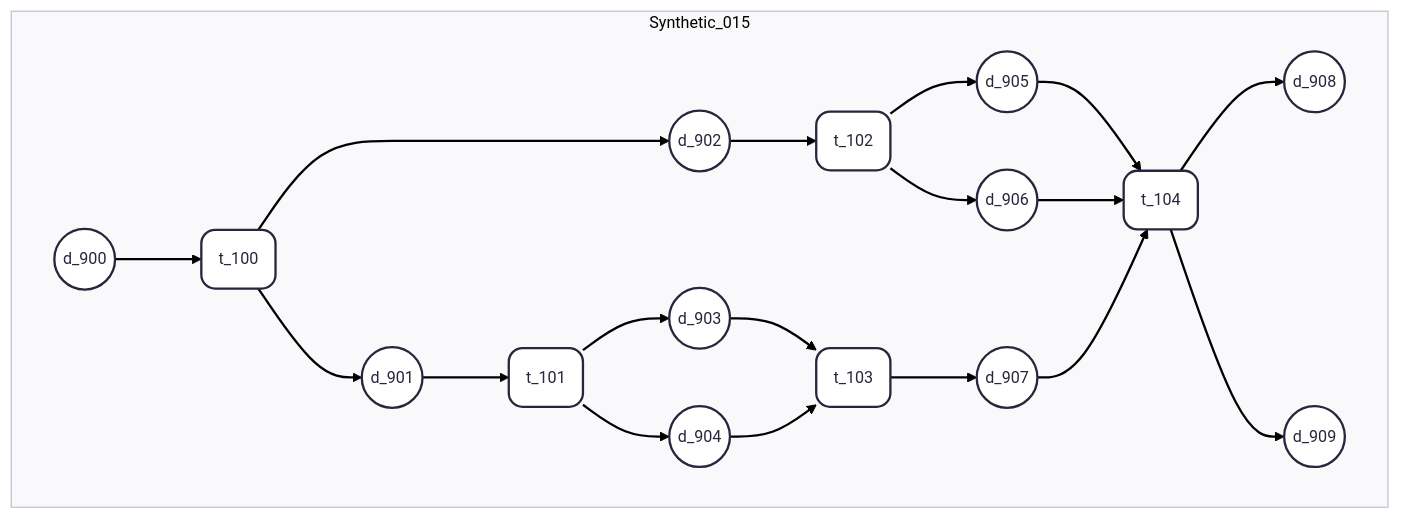
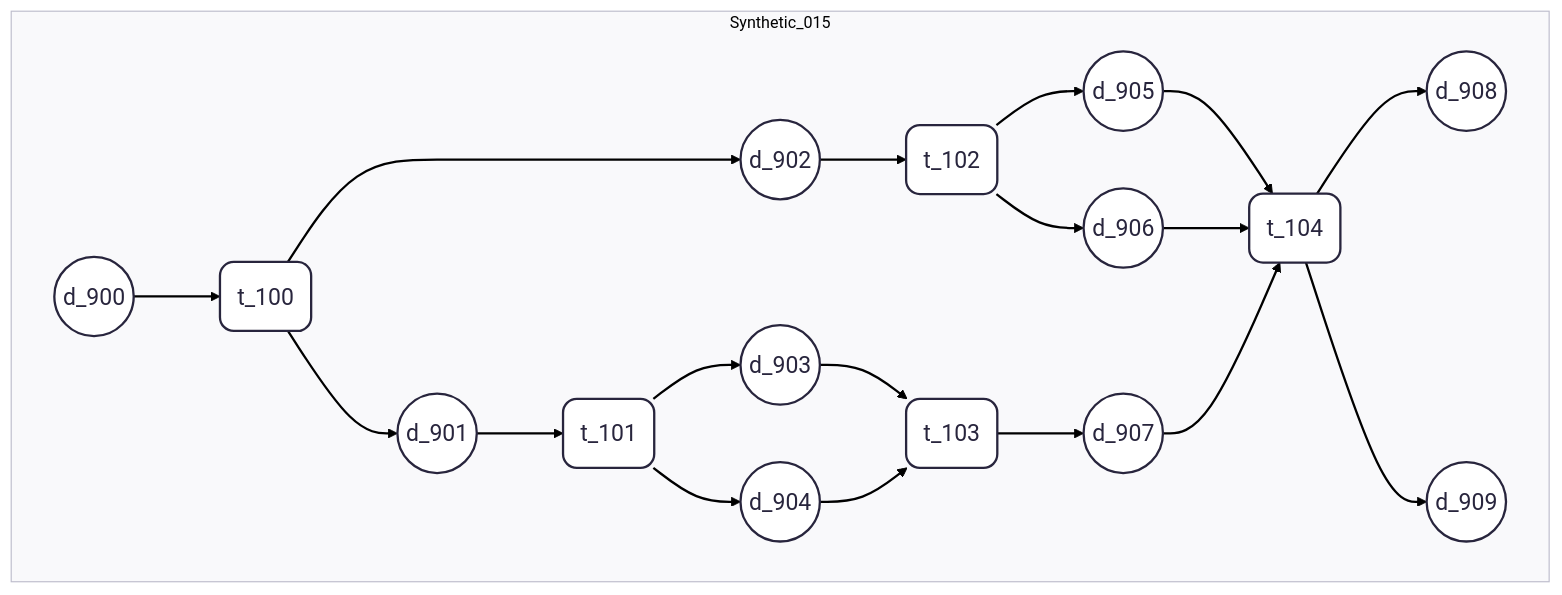
Before and after one commit to marcellowmr/instance-gen: the diagram in data/mermaid/Synthetic_015.mermaid, drawn with Mermaid. The commit also changed 18 other files, not shown here.

Commit message:
Arquivos mermaid

```diff
--- a/data/mermaid/Synthetic_015.mermaid
+++ b/data/mermaid/Synthetic_015.mermaid
@@ -1,39 +1,40 @@
 ---
 config:
   layout: dagre
   theme: redux
   look: classic
 ---
 %% PATTERN: Map, Multiple Splits, Multiple Merges (Fork-Join)
 flowchart LR
- subgraph Synthetic_15["Synthetic_015"]
-    direction LR
-        S15_d0(("d_900"))
-        S15_d1(("d_901"))
-        S15_d2(("d_902"))
-        S15_d3(("d_903"))
-        S15_d4(("d_904"))
-        S15_d5(("d_905"))
-        S15_d6(("d_906"))
-        S15_d7(("d_907"))
-        S15_d8(("d_908"))
-        S15_d9(("d_909"))
-        S15_t0("t_100")
-        S15_t1("t_101")
-        S15_t2("t_102")
-        S15_t3("t_103")
-        S15_t4("t_104")
-  end
+    classDef default font-size:20px;
+    subgraph Synthetic_15["Synthetic_015"]
+        direction LR
+            S15_d0(("d_900"))
+            S15_d1(("d_901"))
+            S15_d2(("d_902"))
+            S15_d3(("d_903"))
+            S15_d4(("d_904"))
+            S15_d5(("d_905"))
+            S15_d6(("d_906"))
+            S15_d7(("d_907"))
+            S15_d8(("d_908"))
+            S15_d9(("d_909"))
+            S15_t0("t_100")
+            S15_t1("t_101")
+            S15_t2("t_102")
+            S15_t3("t_103")
+            S15_t4("t_104")
+    end
     S15_d0 --> S15_t0
     S15_d1 --> S15_t1
     S15_d2 --> S15_t2
     S15_d3 --> S15_t3
     S15_d4 --> S15_t3
     S15_d5 --> S15_t4
     S15_d6 --> S15_t4
     S15_d7 --> S15_t4
     S15_t0 --> S15_d1 & S15_d2
     S15_t1 --> S15_d3 & S15_d4
     S15_t2 --> S15_d5 & S15_d6
     S15_t3 --> S15_d7
     S15_t4 --> S15_d8 & S15_d9
```
